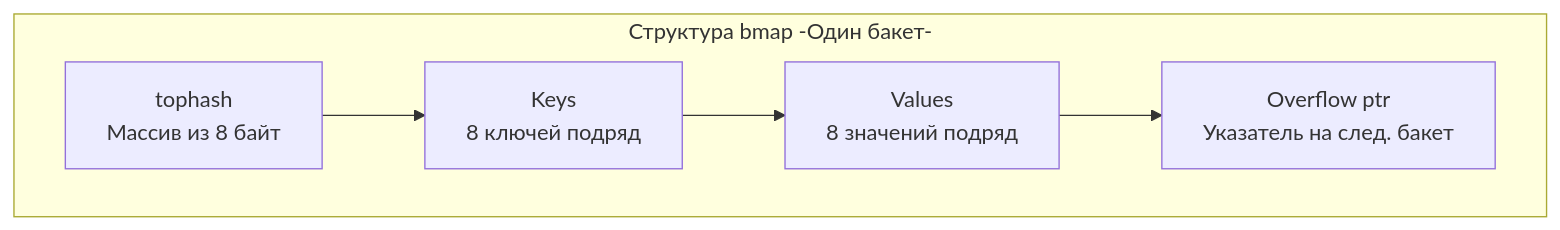
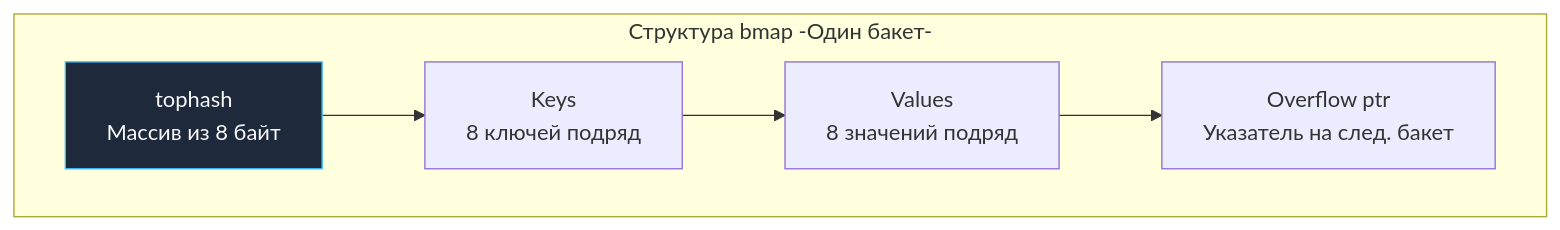
Before and after one commit to UnrealTemplier/go-textbook: the second of 2 diagrams in sources/5. Учебник по Go (Основы и синтаксис)/19. Map под капотом. hmap, buckets и рост.md, drawn with Mermaid. The commit also changed other lines of this file and 1666 other files, not shown here.

First line of the commit message:
feat(mermaid): add semantic color classDef to 1369 colorless flowchart/graph diagrams

````diff
--- a/sources/5. Учебник по Go (Основы и синтаксис)/19. Map под капотом. hmap, buckets и рост.md
+++ b/sources/5. Учебник по Go (Основы и синтаксис)/19. Map под капотом. hmap, buckets и рост.md
@@ -59,9 +69,19 @@
 ```mermaid
 flowchart LR
+    classDef process  fill:#1e293b,stroke:#38bdf8,stroke-width:1px,color:#f8fafc
+    classDef success  fill:#064e3b,stroke:#34d399,stroke-width:1px,color:#f8fafc
+    classDef error    fill:#7f1d1d,stroke:#f87171,stroke-width:1px,color:#f8fafc
+    classDef warning  fill:#78350f,stroke:#fbbf24,stroke-width:1px,color:#f8fafc
+    classDef entry    fill:#1e3a5f,stroke:#38bdf8,stroke-width:2px,color:#f8fafc
+    classDef aux      fill:#334155,stroke:#64748b,stroke-width:1px,color:#f8fafc
+    classDef system   fill:#312e81,stroke:#a78bfa,stroke-width:1px,color:#f8fafc
+    classDef data     fill:#132d29,stroke:#2dd4bf,stroke-width:1px,color:#f8fafc
+    classDef network  fill:#881337,stroke:#fb7185,stroke-width:1px,color:#f8fafc
+    classDef accent   fill:#1e1b4b,stroke:#818cf8,stroke-width:1px,color:#f8fafc
     subgraph BMAP["Структура bmap -Один бакет-"]
         direction LR
-        T["tophash<br>Массив из 8 байт"] --> K["Keys<br>8 ключей подряд"]
+        T["tophash<br>Массив из 8 байт"]:::process --> K["Keys<br>8 ключей подряд"]
         K --> V["Values<br>8 значений подряд"]
         V --> O["Overflow ptr<br>Указатель на след. бакет"]
     end
 ```
````
